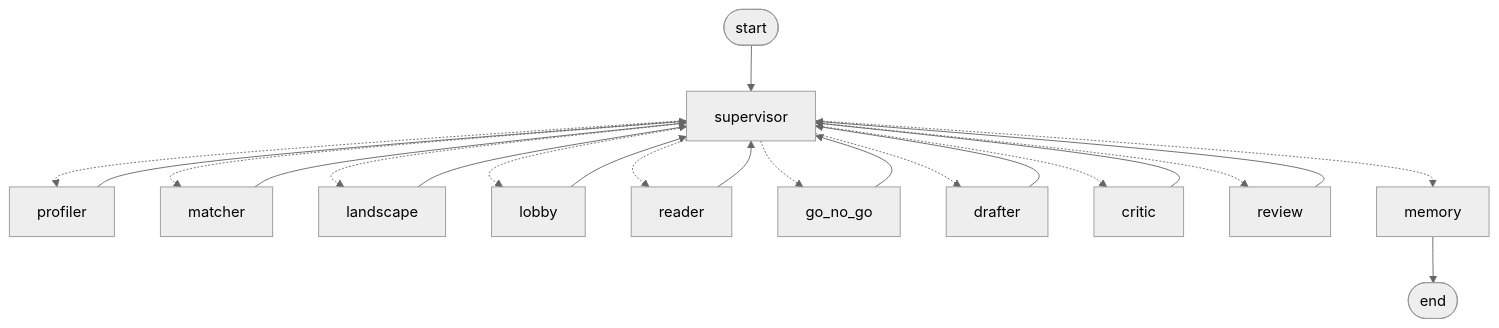
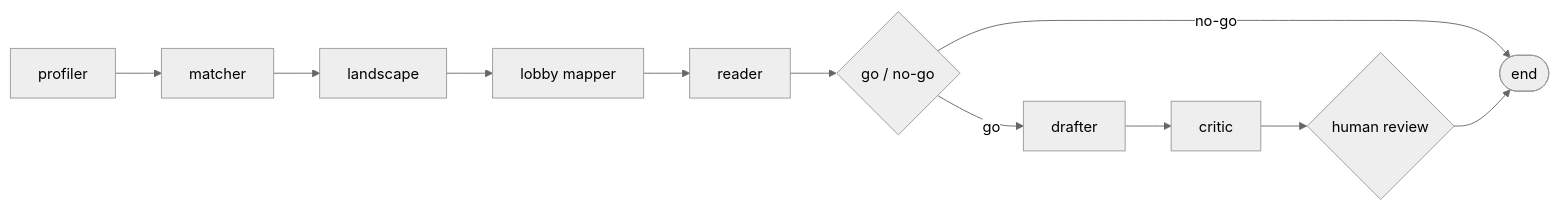
One commit to KaanGoker/inspraak changed the diagram in README.md. Above: the diagram before and after it, drawn with Mermaid (neutral theme). The commit also changed other lines of this file and 12 other files, not shown here.

````diff
--- a/README.md
+++ b/README.md
@@ -37,24 +34,7 @@
 ```mermaid
-graph TD
-    START([start]) --> supervisor
-    supervisor -.-> profiler
-    supervisor -.-> matcher
-    supervisor -.-> landscape
-    supervisor -.-> lobby
-    supervisor -.-> reader
-    supervisor -.-> go_no_go
-    supervisor -.-> drafter
-    supervisor -.-> critic
-    supervisor -.-> review
-    supervisor -.-> memory
-    profiler --> supervisor
-    matcher --> supervisor
-    landscape --> supervisor
-    lobby --> supervisor
-    reader --> supervisor
-    go_no_go --> supervisor
-    drafter --> supervisor
-    critic --> supervisor
-    review --> supervisor
-    memory --> END([end])
+graph LR
+    profiler --> matcher --> landscape --> lobby[lobby mapper] --> reader --> go{go / no-go}
+    go -- go --> drafter --> critic --> review{human review}
+    go -- no-go --> stop([end])
+    review --> stop
 ```
````
